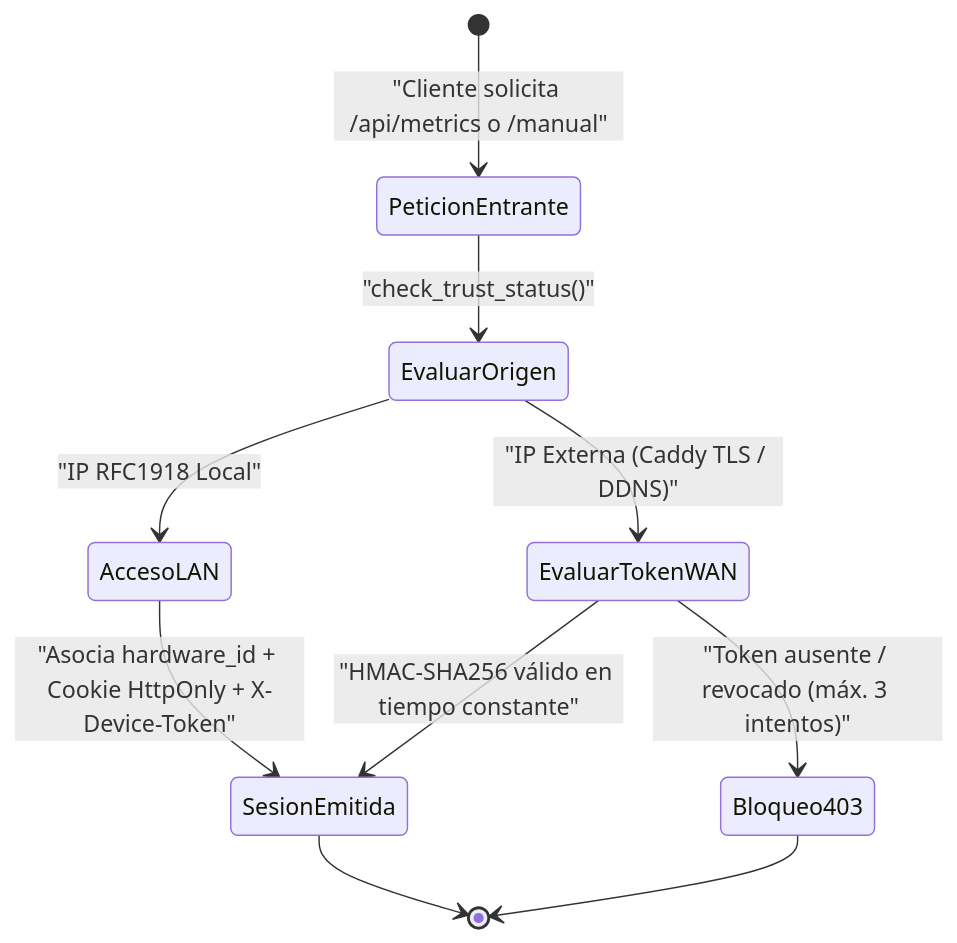
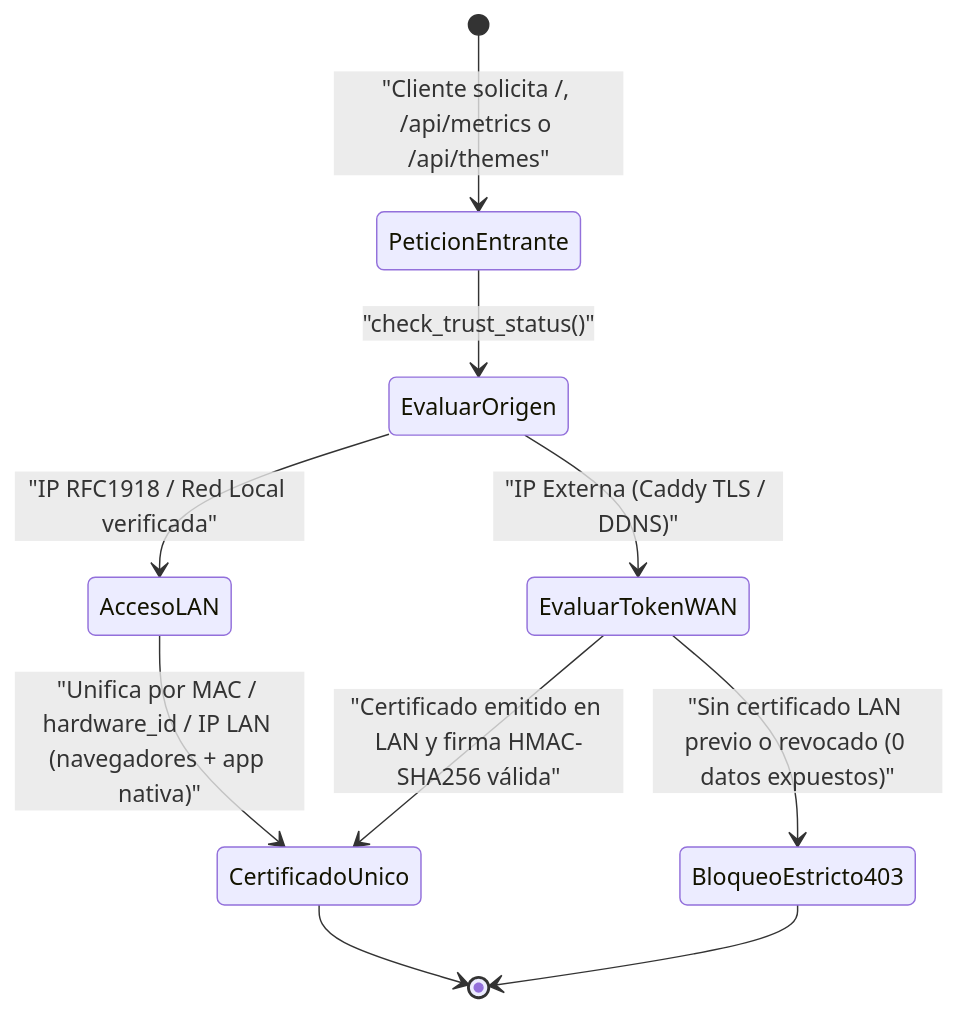
Before and after one commit to cminewarIA/recursos-ui: the second of 3 diagrams in README.md, drawn with Mermaid. The commit also changed other lines of this file and 17 other files, not shown here.

````diff
--- a/README.md
+++ b/README.md
@@ -177,13 +177,13 @@
 ```mermaid
 stateDiagram-v2
-    [*] --> PeticionEntrante: "Cliente solicita /api/metrics o /manual"
+    [*] --> PeticionEntrante: "Cliente solicita /, /api/metrics o /api/themes"
     PeticionEntrante --> EvaluarOrigen: "check_trust_status()"
-    EvaluarOrigen --> AccesoLAN: "IP RFC1918 Local"
+    EvaluarOrigen --> AccesoLAN: "IP RFC1918 / Red Local verificada"
     EvaluarOrigen --> EvaluarTokenWAN: "IP Externa (Caddy TLS / DDNS)"
 
-    AccesoLAN --> SesionEmitida: "Asocia hardware_id + Cookie HttpOnly + X-Device-Token"
-    EvaluarTokenWAN --> SesionEmitida: "HMAC-SHA256 válido en tiempo constante"
-    EvaluarTokenWAN --> Bloqueo403: "Token ausente / revocado (máx. 3 intentos)"
-    Bloqueo403 --> [*]
-    SesionEmitida --> [*]
+    AccesoLAN --> CertificadoUnico: "Unifica por MAC / hardware_id / IP LAN (navegadores + app nativa)"
+    EvaluarTokenWAN --> CertificadoUnico: "Certificado emitido en LAN y firma HMAC-SHA256 válida"
+    EvaluarTokenWAN --> BloqueoEstricto403: "Sin certificado LAN previo o revocado (0 datos expuestos)"
+    BloqueoEstricto403 --> [*]
+    CertificadoUnico --> [*]
 ```
````
